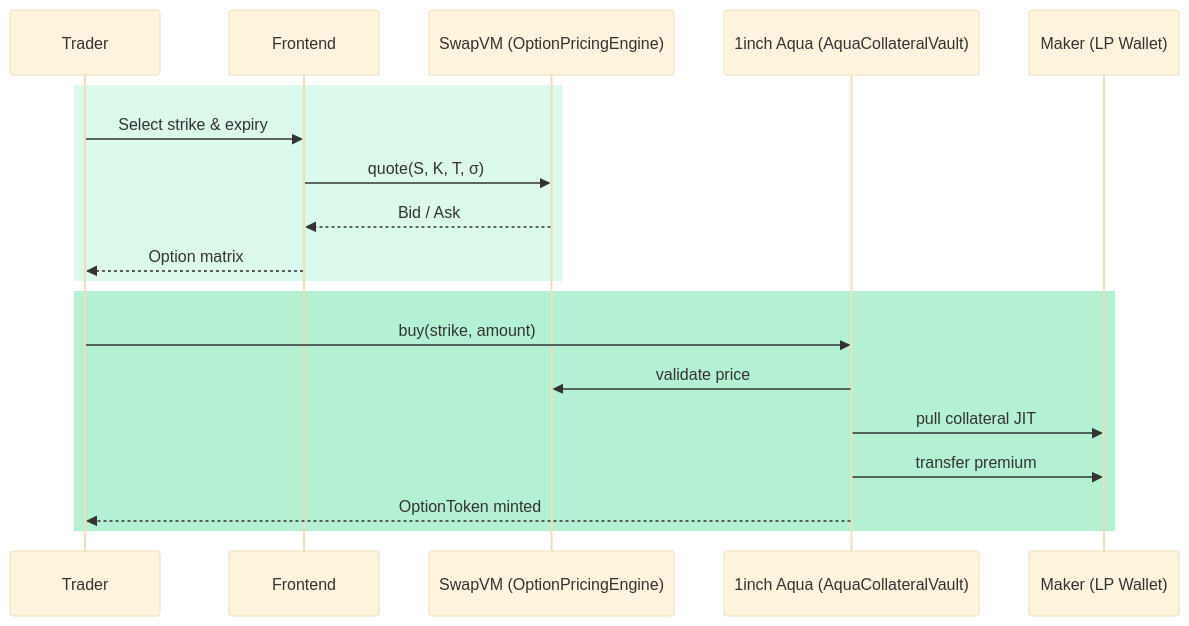
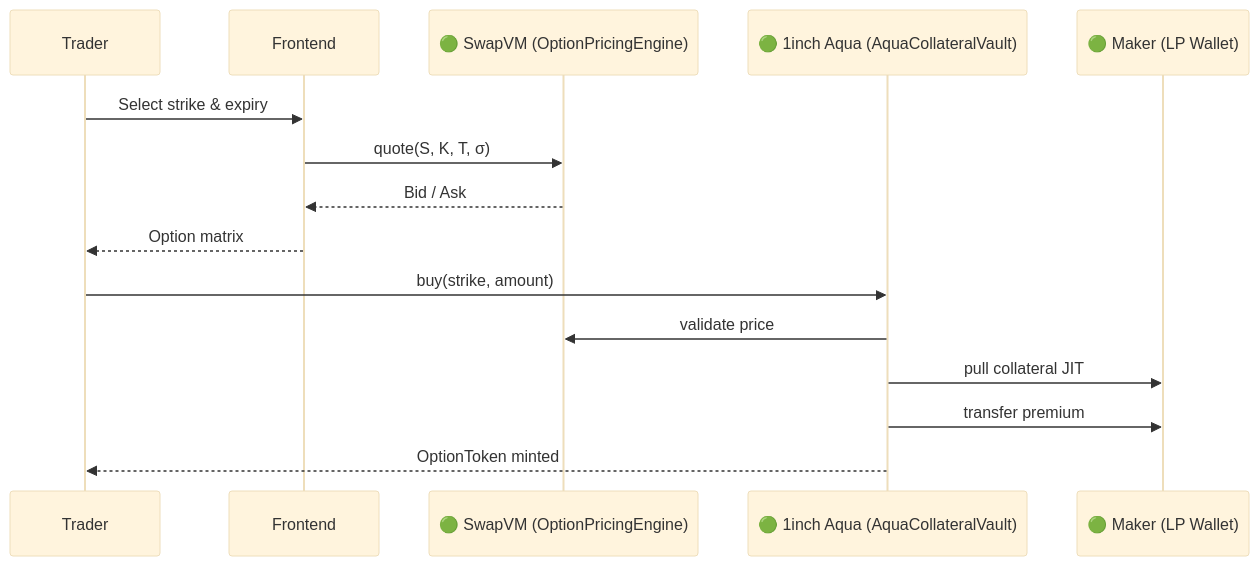
One commit to oslinin/Smile changed the first of 7 diagrams in README.md. Above: the diagram before and after it, drawn with Mermaid (base theme). The commit also changed other lines of this file and 2 other files, not shown here.

First line of the commit message:
Polish README diagrams and collateralization docs

````diff
--- a/README.md
+++ b/README.md
@@ -102,22 +116,18 @@
 ```mermaid
 sequenceDiagram
     participant Trader
     participant Frontend
-    participant SwapVM as SwapVM (OptionPricingEngine)
-    participant Aqua as 1inch Aqua (AquaCollateralVault)
-    participant Maker as Maker (LP Wallet)
+    participant SwapVM as 🟢 SwapVM (OptionPricingEngine)
+    participant Aqua as 🟢 1inch Aqua (AquaCollateralVault)
+    participant Maker as 🟢 Maker (LP Wallet)
 
-    rect rgb(220, 250, 235)
     Trader->>Frontend: Select strike & expiry
     Frontend->>SwapVM: quote(S, K, T, σ)
     SwapVM-->>Frontend: Bid / Ask
     Frontend-->>Trader: Option matrix
-    end
-    rect rgb(180, 240, 210)
     Trader->>Aqua: buy(strike, amount)
     Aqua->>SwapVM: validate price
     Aqua->>Maker: pull collateral JIT
     Aqua->>Maker: transfer premium
     Aqua-->>Trader: OptionToken minted
-    end
 ```
````
